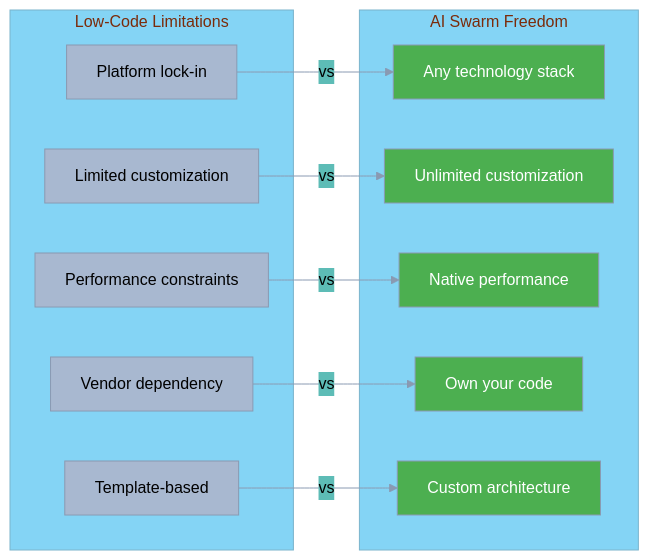
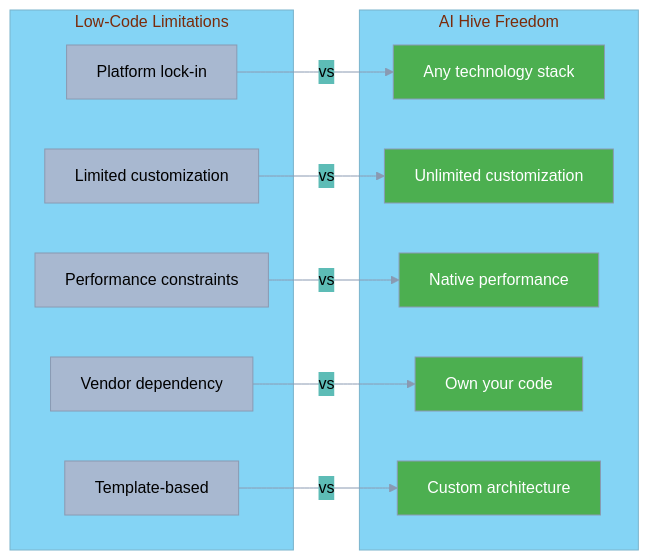
Before and after one commit to o2alexanderfedin/AI-Hive-Business-Docs: the second of 9 diagrams in business-documents/competitive-positioning/03-differentiation-strategy.md, drawn with Mermaid. The commit also changed other lines of this file and 22 other files, not shown here.

First line of the commit message:
Replace all references from 'AI Swarm' to 'AI Hive' across project

````diff
--- a/business-documents/competitive-positioning/03-differentiation-strategy.md
+++ b/business-documents/competitive-positioning/03-differentiation-strategy.md
@@ -101,42 +101,42 @@
 ```mermaid
 %%{init: {
   'theme': 'base',
   'themeVariables': {
     'primaryColor': '#A8B8D0',
     'primaryTextColor': '#000000',
     'primaryBorderColor': '#8A9AB2',
     'lineColor': '#8A9AB2',
     'secondaryColor': '#5DBCB6',
     'tertiaryColor': '#84D4F5',
     'background': '#F5F5F5'
   }
 }}%%
 graph LR
     subgraph "Low-Code Limitations"
         L1[Platform lock-in]
         L2[Limited customization]
         L3[Performance constraints]
         L4[Vendor dependency]
         L5[Template-based]
     end
 
-    subgraph "AI Swarm Freedom"
+    subgraph "AI Hive Freedom"
         A1[Any technology stack]
         A2[Unlimited customization]
         A3[Native performance]
         A4[Own your code]
         A5[Custom architecture]
     end
 
     L1 -->|vs| A1
     L2 -->|vs| A2
     L3 -->|vs| A3
     L4 -->|vs| A4
     L5 -->|vs| A5
 
     style A1 fill:#4CAF50,color:#fff
     style A2 fill:#4CAF50,color:#fff
     style A3 fill:#4CAF50,color:#fff
     style A4 fill:#4CAF50,color:#fff
     style A5 fill:#4CAF50,color:#fff
 ```
````
